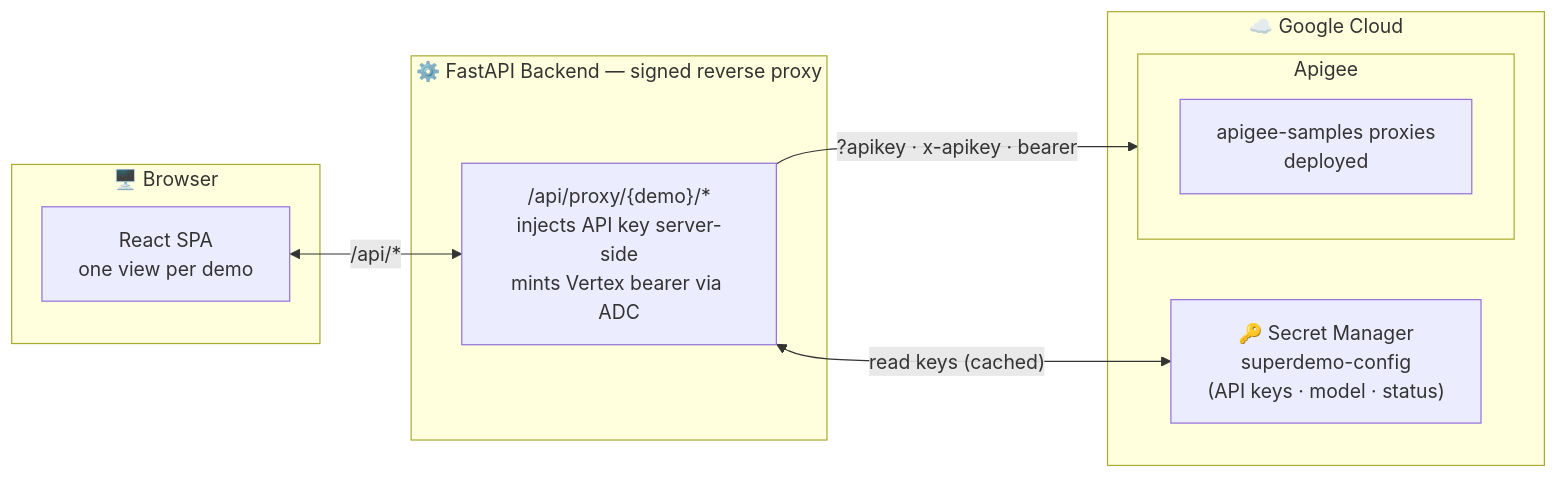
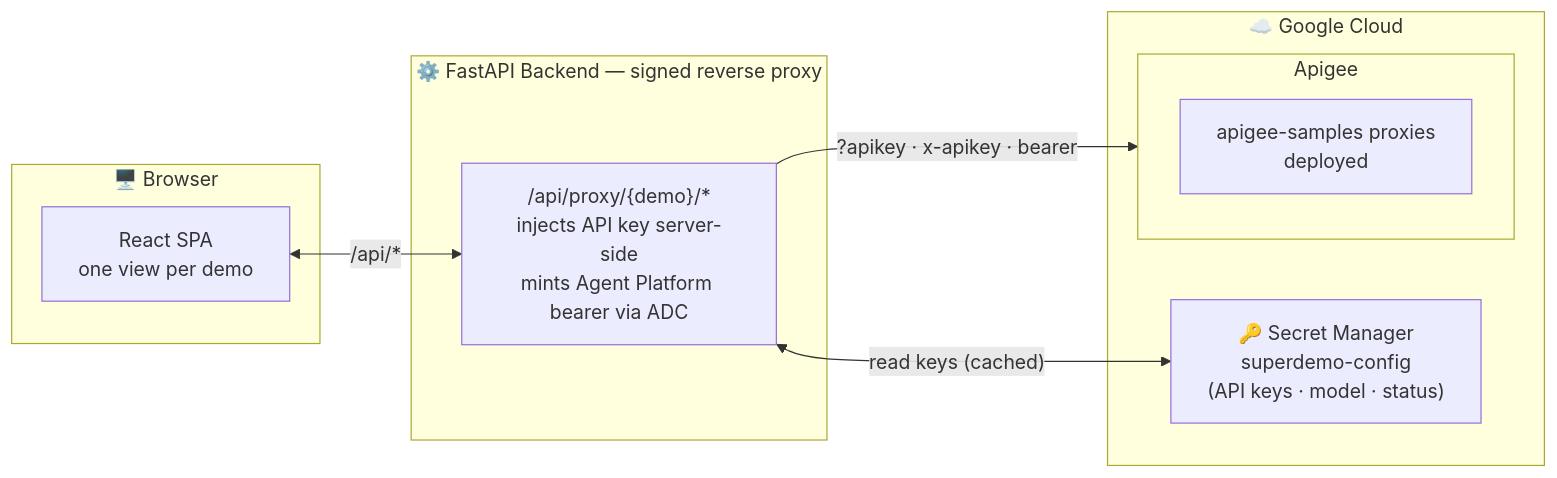
Before and after one commit to apigeek3000/apigee-samples: the diagram in superdemo/README.md, drawn with Mermaid. The commit also changed other lines of this file and 12 other files, not shown here.

Commit message:
deployment fixes, agent platform rebranding

````diff
--- a/superdemo/README.md
+++ b/superdemo/README.md
@@ -9,22 +9,22 @@
 ```mermaid
 flowchart LR
     subgraph browser["🖥️ Browser"]
         spa["React SPA<br/>one view per demo"]
     end
 
     subgraph backend["⚙️ FastAPI Backend — signed reverse proxy"]
-        proxy["/api/proxy/{demo}/*<br/>injects API key server-side<br/>mints Vertex bearer via ADC"]
+        proxy["/api/proxy/{demo}/*<br/>injects API key server-side<br/>mints Agent Platform bearer via ADC"]
     end
 
     subgraph gcp["☁️ Google Cloud"]
         sm["🔑 Secret Manager<br/>superdemo-config<br/>(API keys · model · status)"]
 
         subgraph apigee["Apigee"]
             proxies["apigee-samples proxies<br/>deployed"]
         end
     end
 
     spa <-->|"/api/*"| proxy
     proxy <-->|"read keys (cached)"| sm
     proxy -->|"?apikey · x-apikey · bearer"| apigee
 ```
````
